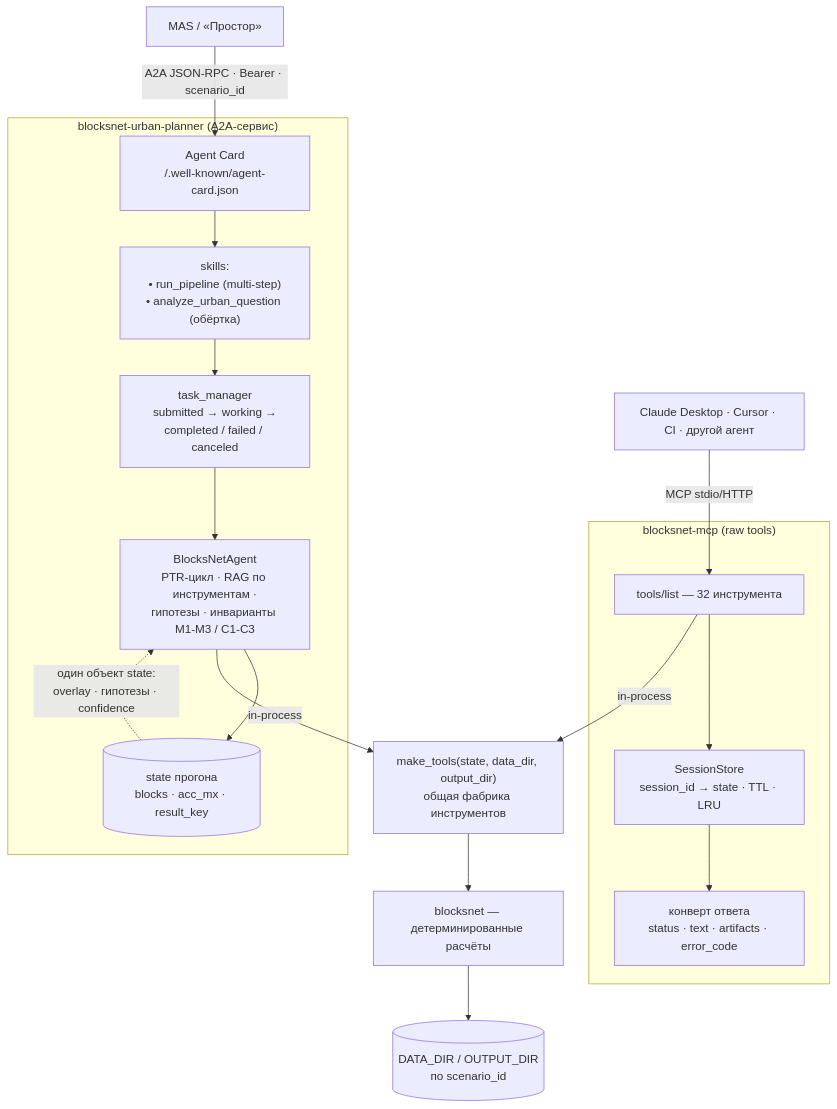
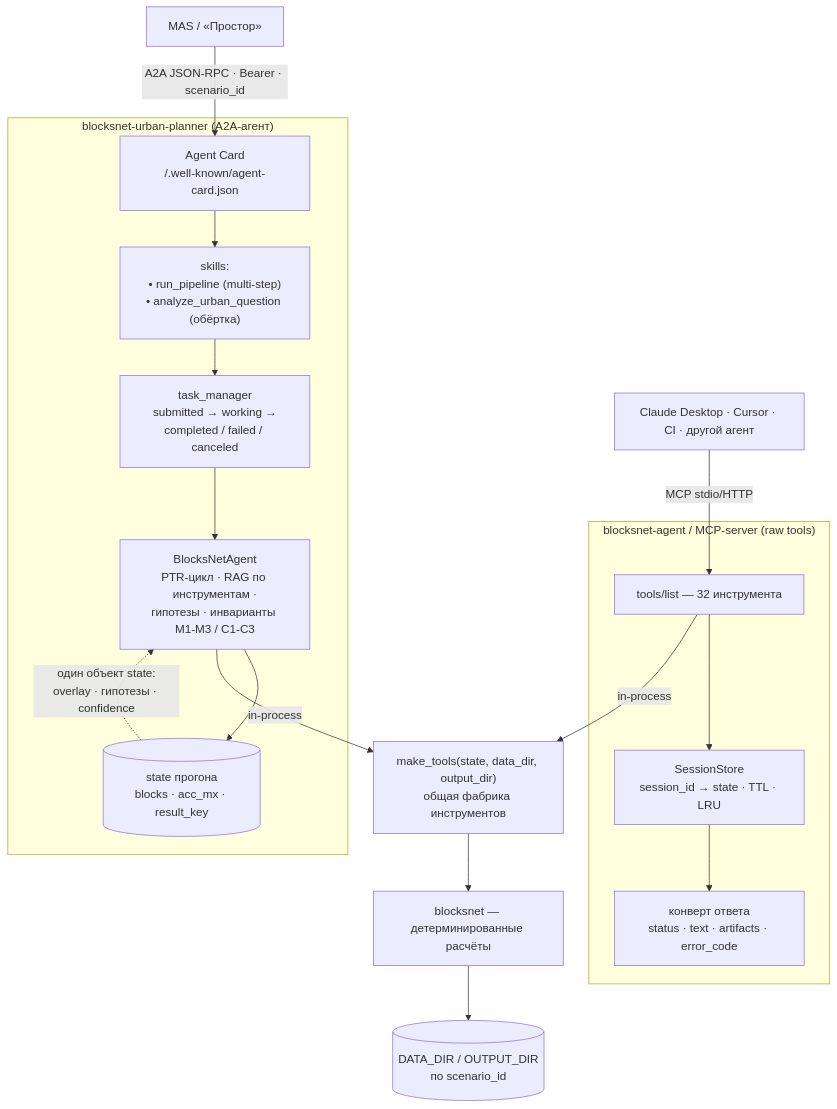
Before and after one commit to Eynor-K/blocksnet-agent: the second of 5 diagrams in docs/dev/architecture/mas_topology.md, drawn with Mermaid. The commit also changed other lines of this file and 33 other files, not shown here.

Commit message:
Update documentation and structure for blocksnet-agent; rename MCP-server and A2A-service references to align with new architecture. Add .drawio.bkp to .gitignore.

````diff
--- a/docs/dev/architecture/mas_topology.md
+++ b/docs/dev/architecture/mas_topology.md
@@ -67,29 +67,29 @@
 ```mermaid
 flowchart TB
     IN1["MAS / «Простор»"] -->|A2A JSON-RPC · Bearer · scenario_id| CARD
     IN2["Claude Desktop · Cursor · CI · другой агент"] -->|MCP stdio/HTTP| TOOLS
 
-    subgraph A2A["blocksnet-urban-planner (A2A-сервис)"]
+    subgraph A2A["blocksnet-urban-planner (A2A-агент)"]
         CARD["Agent Card<br/>/.well-known/agent-card.json"]
         SK["skills:<br/>• run_pipeline (multi-step)<br/>• analyze_urban_question (обёртка)"]
         TM["task_manager<br/>submitted → working →<br/>completed / failed / canceled"]
         AG["BlocksNetAgent<br/>PTR-цикл · RAG по инструментам ·<br/>гипотезы · инварианты M1-M3 / C1-C3"]
         ST1[("state прогона<br/>blocks · acc_mx · result_key")]
         CARD --> SK --> TM --> AG --> ST1
     end
 
-    subgraph MCP["blocksnet-mcp (raw tools)"]
+    subgraph MCP["blocksnet-agent / MCP-server (raw tools)"]
         TOOLS["tools/list — 32 инструмента"]
         SESS["SessionStore<br/>session_id → state · TTL · LRU"]
         ENV["конверт ответа<br/>status · text · artifacts · error_code"]
         TOOLS --> SESS --> ENV
     end
 
     AG -->|in-process| FACT
     TOOLS -->|in-process| FACT
     FACT["make_tools(state, data_dir, output_dir)<br/>общая фабрика инструментов"]
     FACT --> LIB["blocksnet — детерминированные расчёты"]
     LIB --> DATA[("DATA_DIR / OUTPUT_DIR<br/>по scenario_id")]
 
     ST1 -.->|"один объект state:<br/>overlay · гипотезы · confidence"| AG
 ```
````
